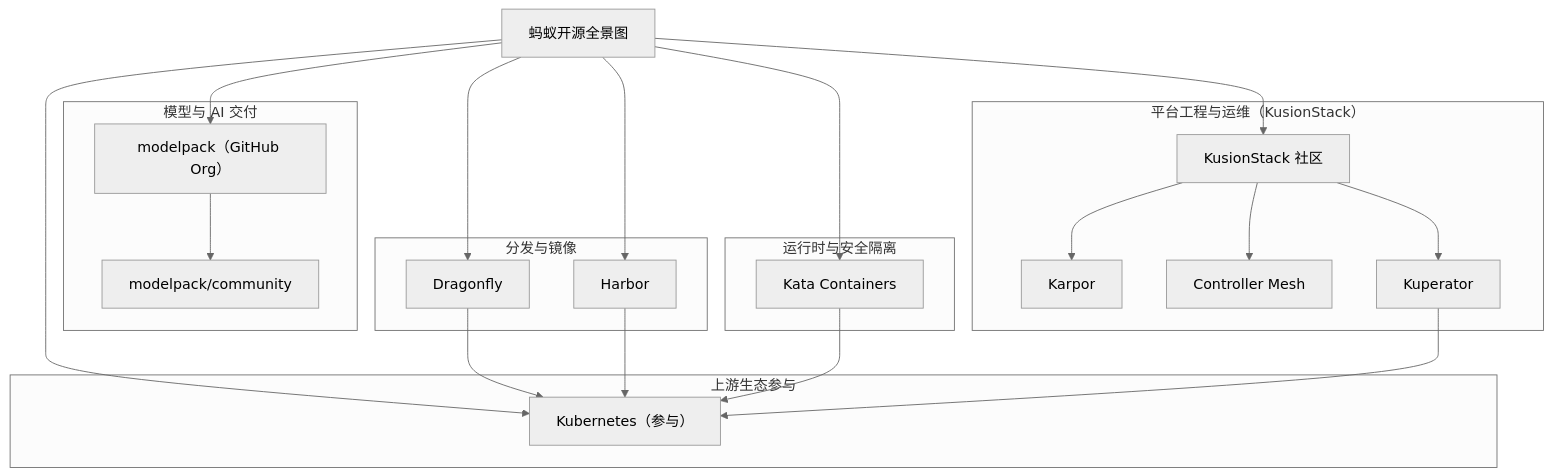
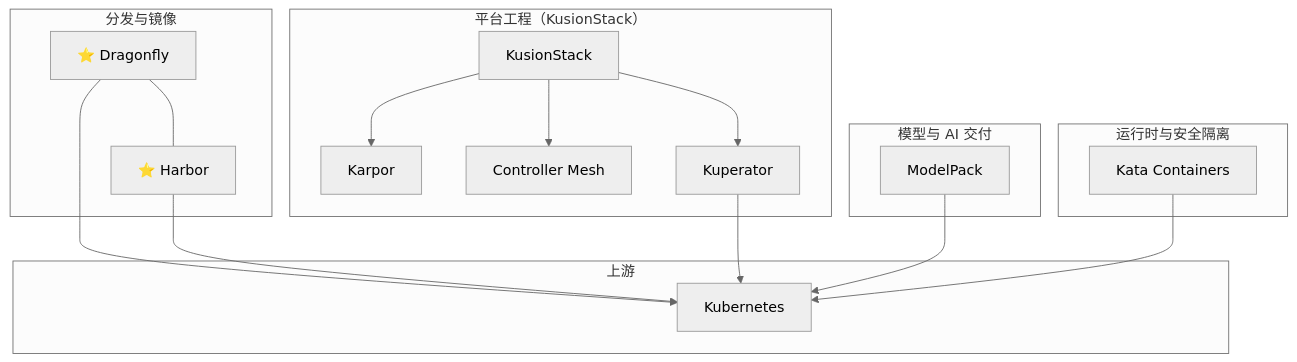
One commit to pacoxu/AI-Infra changed the diagram in case-study/ant-group.md. Above: the diagram before and after it, drawn with Mermaid (neutral theme). The commit also changed other lines of this file and 18 other files, not shown here.

````diff
--- a/case-study/ant-group.md
+++ b/case-study/ant-group.md
@@ -5,46 +19,34 @@
 ```mermaid
 flowchart TB
-  ANT["蚂蚁开源全景图"]
-
   subgraph DIST["分发与镜像"]
-    DFLY["Dragonfly"]
-    HARBOR["Harbor"]
+    DFLY["⭐ Dragonfly"] --- HARBOR["⭐ Harbor"]
   end
 
-  subgraph PLATFORM["平台工程与运维（KusionStack）"]
-    KS["KusionStack 社区"]
+  subgraph PLATFORM["平台工程（KusionStack）"]
+    KS["KusionStack"]
     KARPOR["Karpor"]
     CMESH["Controller Mesh"]
     KUP["Kuperator"]
   end
 
   subgraph AI["模型与 AI 交付"]
-    MPORG["modelpack（GitHub Org）"]
-    MPC["modelpack/community"]
+    MP["ModelPack"]
   end
 
   subgraph RUNTIME["运行时与安全隔离"]
     KATA["Kata Containers"]
   end
 
-  subgraph UPSTREAM["上游生态参与"]
-    K8S["Kubernetes（参与）"]
+  subgraph CORE["上游"]
+    K8S["Kubernetes"]
   end
 
-  ANT --> DFLY
-  ANT --> HARBOR
-  ANT --> KS
-  ANT --> MPORG
-  ANT --> KATA
-  ANT --> K8S
-
+  DFLY --> K8S
+  HARBOR --> K8S
   KS --> KARPOR
   KS --> CMESH
   KS --> KUP
-  MPORG --> MPC
-
-  DFLY --> K8S
-  HARBOR --> K8S
+  KUP --> K8S
+  MP --> K8S
   KATA --> K8S
-  KUP --> K8S
 ```
````
